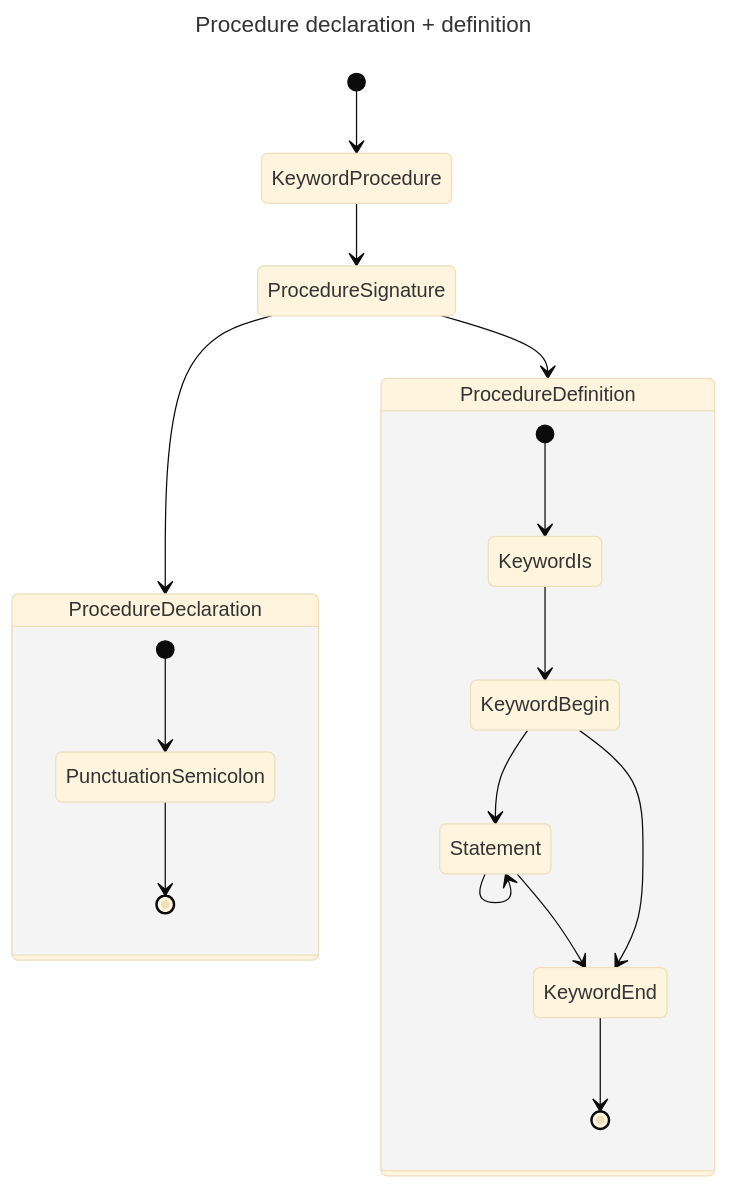
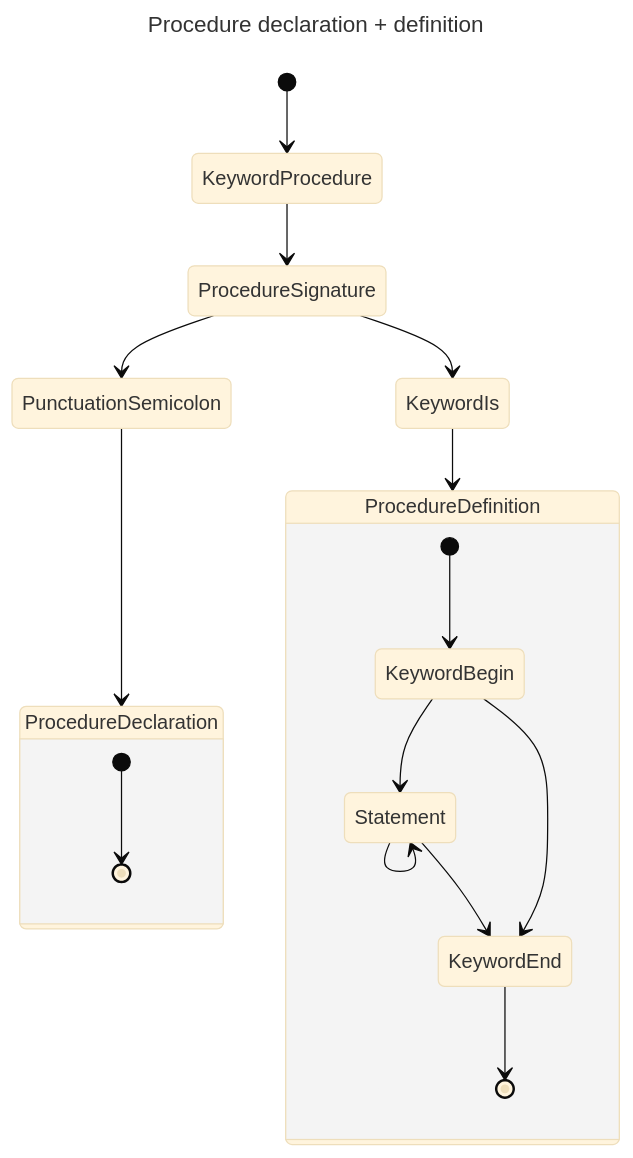
The second of 2 diagrams in docs/Parsing tree.md (5cover/psdc), drawn with Mermaid (base theme) before and after one commit. The commit also changed other lines of this file and 17 other files, not shown here.

````diff
--- a/docs/Parsing tree.md
+++ b/docs/Parsing tree.md
@@ -26,25 +45,25 @@
 ```mermaid
 ---
 title: Procedure declaration + definition
 ---
 stateDiagram-v2
 [*] --> KeywordProcedure
 KeywordProcedure --> ProcedureSignature
-ProcedureSignature --> ProcedureDeclaration
-ProcedureSignature --> ProcedureDefinition
+ProcedureSignature --> PunctuationSemicolon
+ProcedureSignature --> KeywordIs
+PunctuationSemicolon --> ProcedureDeclaration
+KeywordIs --> ProcedureDefinition
 
 state ProcedureDeclaration {
-    [*] --> PunctuationSemicolon
-    PunctuationSemicolon --> [*]
+    [*] --> [*]
 }
 
 state ProcedureDefinition {
-    [*] --> KeywordIs
-    KeywordIs --> KeywordBegin
+    [*] --> KeywordBegin
     KeywordBegin --> Statement
     Statement --> Statement
     Statement --> KeywordEnd
     KeywordBegin --> KeywordEnd
     KeywordEnd --> [*]
 }
 ```
````
